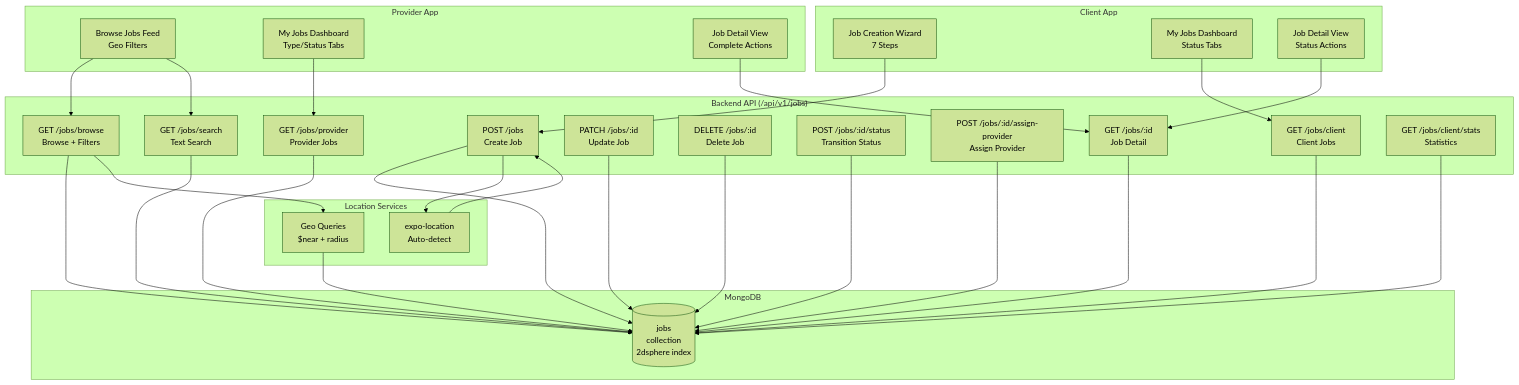
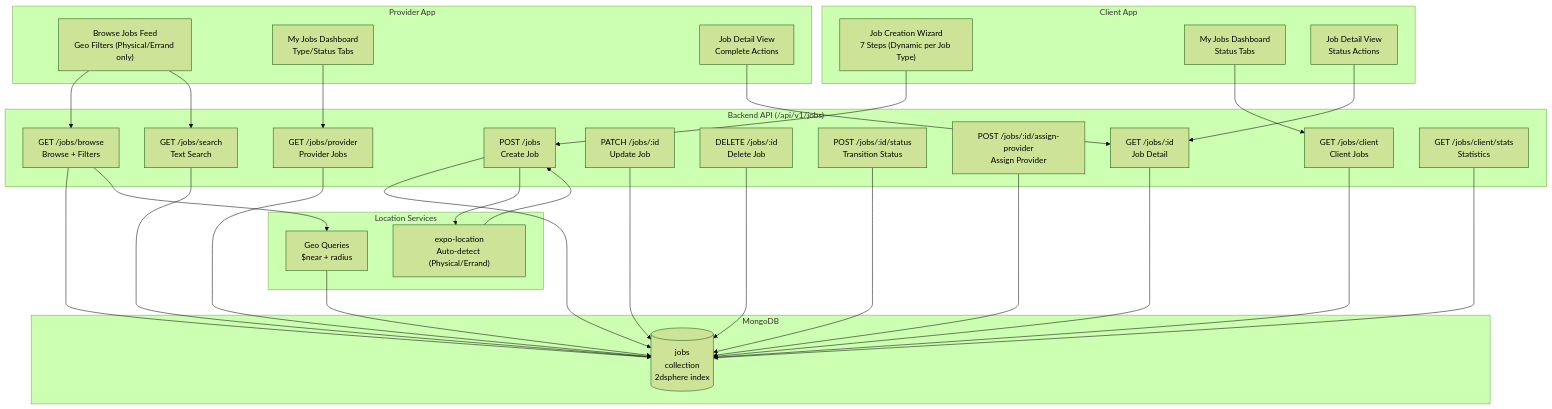
One commit to Ubaid123678/DO_IT_Platfom changed the first of 8 diagrams in docs/PHASE_4_JOBS_CORE.md. Above: the diagram before and after it, drawn with Mermaid (forest theme). The commit also changed other lines of this file and 12 other files, not shown here.

Commit message:
feat: add ErrandRequirementsStep and PhysicalRequirementsStep components for job posting requirements

````diff
--- a/docs/PHASE_4_JOBS_CORE.md
+++ b/docs/PHASE_4_JOBS_CORE.md
@@ -15,62 +15,62 @@
 ```mermaid
 flowchart TB
     subgraph Client["Client App"]
-        CJW["Job Creation Wizard\n7 Steps"]
+        CJW["Job Creation Wizard\n7 Steps (Dynamic per Job Type)"]
         CJM["My Jobs Dashboard\nStatus Tabs"]
         CJD["Job Detail View\nStatus Actions"]
     end
 
     subgraph Provider["Provider App"]
-        PBF["Browse Jobs Feed\nGeo Filters"]
+        PBF["Browse Jobs Feed\nGeo Filters (Physical/Errand only)"]
         PJM["My Jobs Dashboard\nType/Status Tabs"]
         PJD["Job Detail View\nComplete Actions"]
     end
 
     subgraph API["Backend API (/api/v1/jobs)"]
         JCR["POST /jobs\nCreate Job"]
         JBR["GET /jobs/browse\nBrowse + Filters"]
         JSR["GET /jobs/search\nText Search"]
         JDR["GET /jobs/:id\nJob Detail"]
         JUR["PATCH /jobs/:id\nUpdate Job"]
         JDEL["DELETE /jobs/:id\nDelete Job"]
         JST["POST /jobs/:id/status\nTransition Status"]
         JAP["POST /jobs/:id/assign-provider\nAssign Provider"]
         JCL["GET /jobs/client\nClient Jobs"]
         JPR["GET /jobs/provider\nProvider Jobs"]
         JSTS["GET /jobs/client/stats\nStatistics"]
     end
 
     subgraph DB["MongoDB"]
         JOB[("jobs\ncollection\n2dsphere index")]
     end
 
     subgraph Location["Location Services"]
-        EXPO["expo-location\nAuto-detect"]
+        EXPO["expo-location\nAuto-detect (Physical/Errand)"]
         GEO["Geo Queries\n$near + radius"]
     end
 
     CJW --> JCR
     CJM --> JCL
     CJD --> JDR
     PBF --> JBR
     PBF --> JSR
     PJM --> JPR
     PJD --> JDR
 
     JCR --> JOB
     JBR --> JOB
     JSR --> JOB
     JDR --> JOB
     JUR --> JOB
     JDEL --> JOB
     JST --> JOB
     JAP --> JOB
     JCL --> JOB
     JPR --> JOB
     JSTS --> JOB
 
     JBR --> GEO
     GEO --> JOB
     JCR --> EXPO
     EXPO --> JCR
 ```
````
